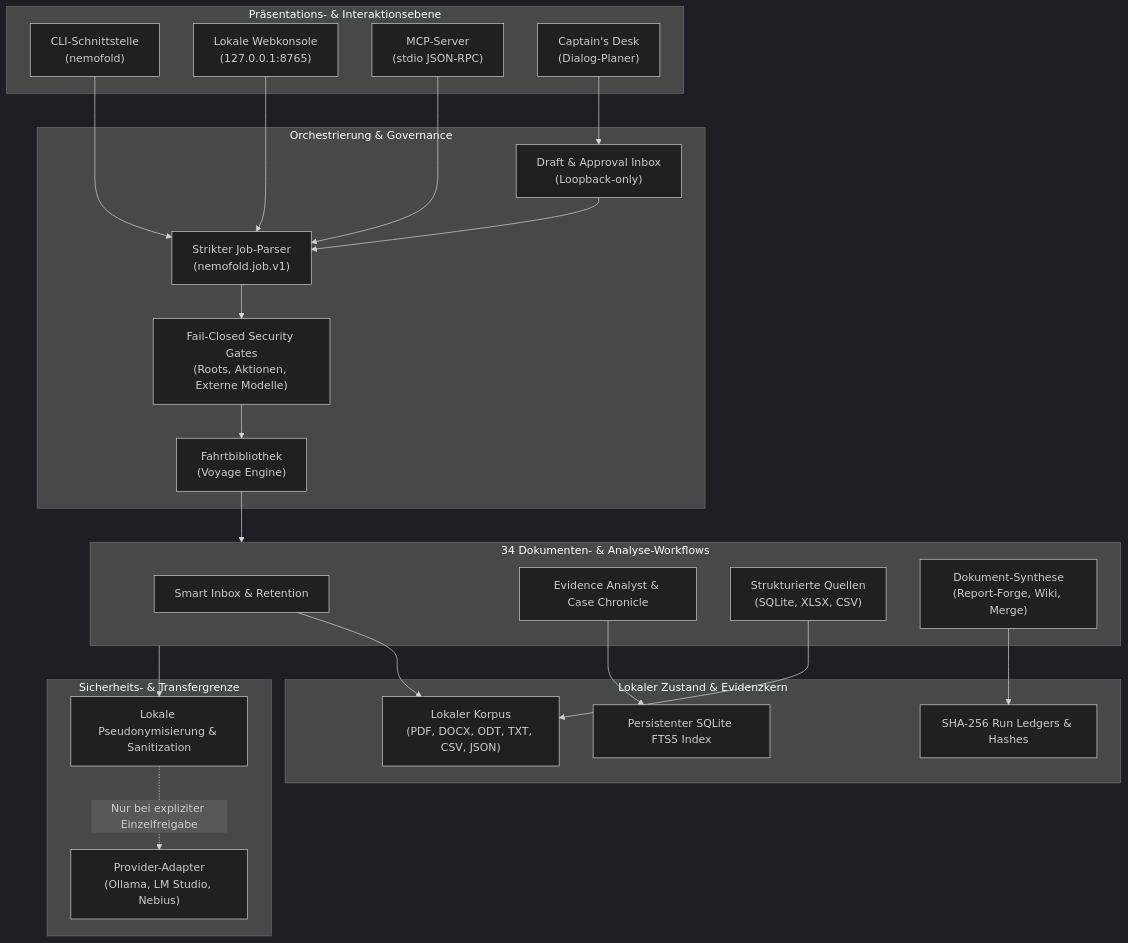
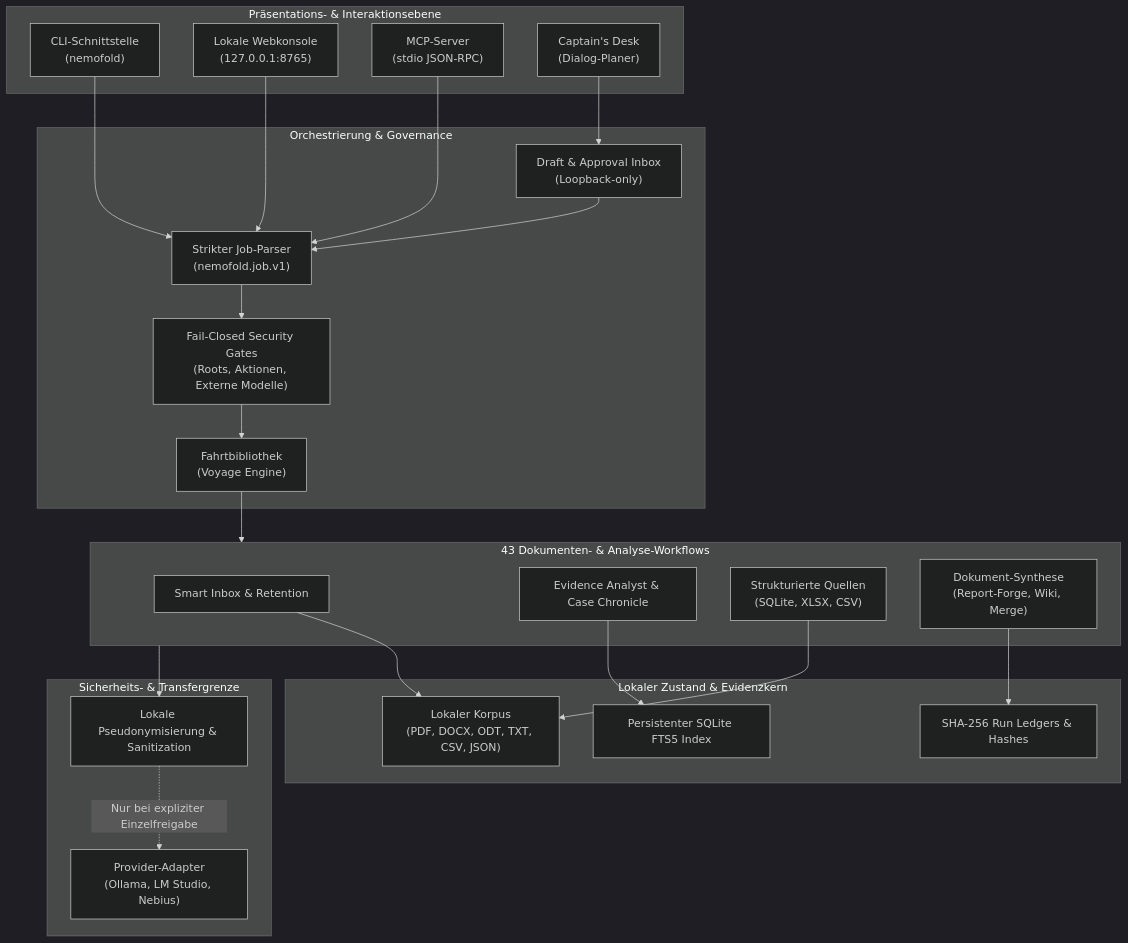
The first of 2 diagrams in README_de.md (ellmos-ai/NemoFold), drawn with Mermaid (dark theme) before and after one commit. The commit also changed other lines of this file and 6 other files, not shown here.

````diff
--- a/README_de.md
+++ b/README_de.md
@@ -88,52 +88,52 @@
 ```mermaid
 flowchart TB
     subgraph UI ["Präsentations- & Interaktionsebene"]
         CLI["CLI-Schnittstelle<br/>(nemofold)"]
         WEB["Lokale Webkonsole<br/>(127.0.0.1:8765)"]
         MCP["MCP-Server<br/>(stdio JSON-RPC)"]
         DESK["Captain's Desk<br/>(Dialog-Planer)"]
     end
 
     subgraph ENGINE ["Orchestrierung & Governance"]
         PARSER["Strikter Job-Parser<br/>(nemofold.job.v1)"]
         GATEWAY["Fail-Closed Security Gates<br/>(Roots, Aktionen, Externe Modelle)"]
         VOYAGE["Fahrtbibliothek<br/>(Voyage Engine)"]
         DRAFT["Draft & Approval Inbox<br/>(Loopback-only)"]
     end
 
-    subgraph WORKFLOWS ["34 Dokumenten- & Analyse-Workflows"]
+    subgraph WORKFLOWS ["43 Dokumenten- & Analyse-Workflows"]
         INBOX["Smart Inbox & Retention"]
         EVIDENCE["Evidence Analyst & Case Chronicle"]
         STRUCTURED["Strukturierte Quellen<br/>(SQLite, XLSX, CSV)"]
         COMPOSE["Dokument-Synthese<br/>(Report-Forge, Wiki, Merge)"]
     end
 
     subgraph LOCAL_CORE ["Lokaler Zustand & Evidenzkern"]
         FTS["Persistenter SQLite FTS5 Index"]
         LEDGER["SHA-256 Run Ledgers & Hashes"]
         DOCS["Lokaler Korpus<br/>(PDF, DOCX, ODT, TXT, CSV, JSON)"]
     end
 
     subgraph ISOLATION ["Sicherheits- & Transfergrenze"]
         FILTER["Lokale Pseudonymisierung & Sanitization"]
         ADAPTERS["Provider-Adapter<br/>(Ollama, LM Studio, Nebius)"]
     end
 
     CLI --> PARSER
     WEB --> PARSER
     MCP --> PARSER
     DESK --> DRAFT
     DRAFT --> PARSER
 
     PARSER --> GATEWAY
     GATEWAY --> VOYAGE
     VOYAGE --> WORKFLOWS
 
     INBOX --> DOCS
     EVIDENCE --> FTS
     STRUCTURED --> DOCS
     COMPOSE --> LEDGER
 
     WORKFLOWS --> FILTER
     FILTER -. Nur bei expliziter Einzelfreigabe .-> ADAPTERS
 ```
````
